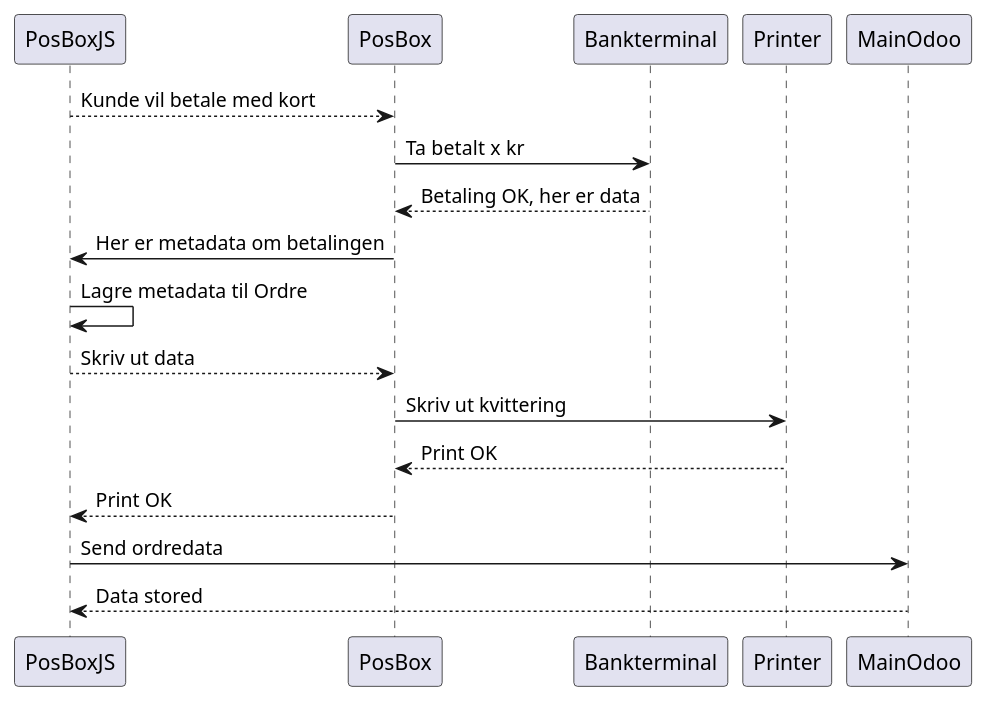
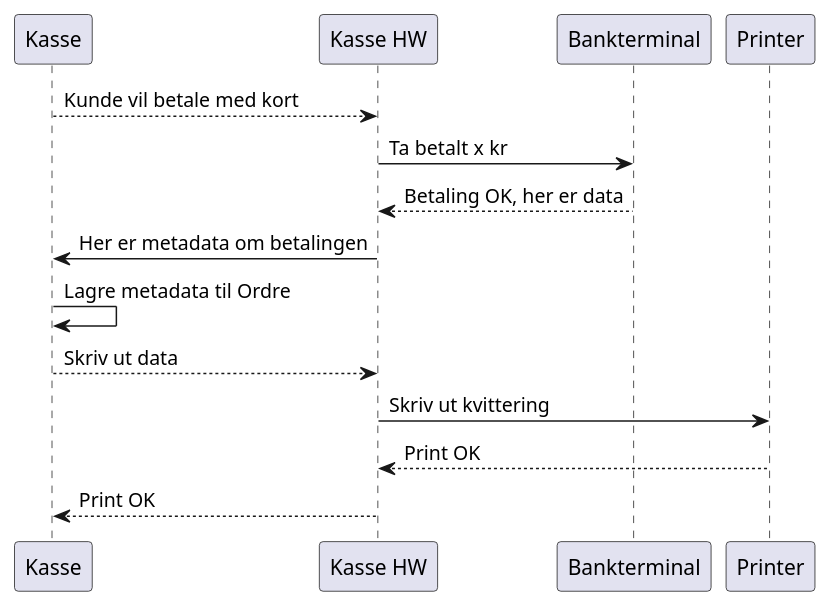
Before and after one commit to matslindh/softwareengineering: the diagram in plantuml/sequence-diagram/ödoo-posbox.plantuml, drawn with PlantUML. The commit also changed 8 other files, not shown here.

Commit message:
feat: update and add diagrams and examples for new plantuml models

```diff
--- a/plantuml/sequence-diagram/ödoo-posbox.plantuml
+++ b/plantuml/sequence-diagram/ödoo-posbox.plantuml
@@ -1,13 +1,11 @@
 @startuml
-PosBoxJS --> PosBox: Kunde vil betale med kort
-PosBox -> Bankterminal: Ta betalt x kr
-Bankterminal --> PosBox: Betaling OK, her er data
-PosBox -> PosBoxJS: Her er metadata om betalingen
-PosBoxJS -> PosBoxJS: Lagre metadata til Ordre
-PosBoxJS --> PosBox: Skriv ut data
-PosBox -> Printer: Skriv ut kvittering
-Printer --> PosBox: Print OK
-PosBox --> PosBoxJS: Print OK
-PosBoxJS -> MainOdoo: Send ordredata
-MainOdoo --> PosBoxJS: Data stored
+"Kasse" --> "Kasse HW": Kunde vil betale med kort
+"Kasse HW" -> Bankterminal: Ta betalt x kr
+Bankterminal --> "Kasse HW": Betaling OK, her er data
+"Kasse HW" -> "Kasse": Her er metadata om betalingen
+"Kasse" -> "Kasse": Lagre metadata til Ordre
+"Kasse" --> "Kasse HW": Skriv ut data
+"Kasse HW" -> Printer: Skriv ut kvittering
+Printer --> "Kasse HW": Print OK
+"Kasse HW" --> "Kasse": Print OK
 @enduml
```
